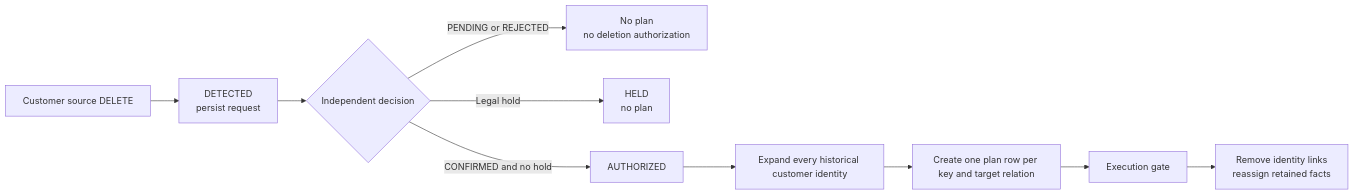
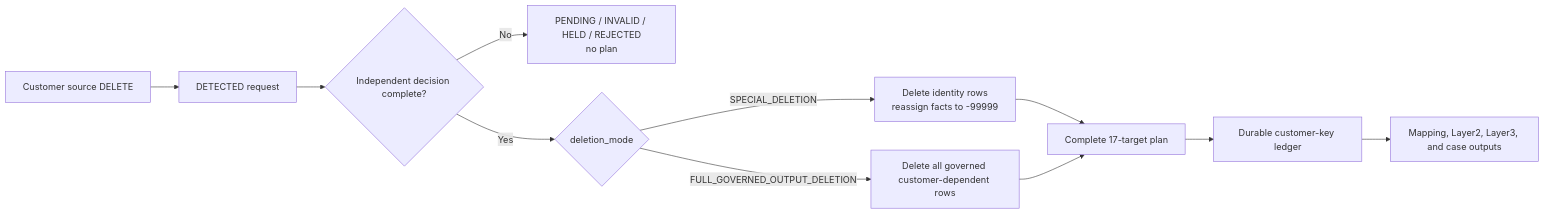
The diagram in docs/reference/deletion-control.md (MiguelElGallo/bricksgdpr-publi), drawn with Mermaid before and after one commit. The commit also changed other lines of this file and 58 other files, not shown here.

Commit message:
Add configurable customer deletion modes

````diff
--- a/docs/reference/deletion-control.md
+++ b/docs/reference/deletion-control.md
@@ -12,12 +21,13 @@
 ```mermaid
 flowchart LR
-    A["Customer source DELETE"] --> B["DETECTED<br/>persist request"]
-    B --> C{"Independent decision"}
-    C -->|"PENDING or REJECTED"| D["No plan<br/>no deletion authorization"]
-    C -->|"Legal hold"| E["HELD<br/>no plan"]
-    C -->|"CONFIRMED and no hold"| F["AUTHORIZED"]
-    F --> G["Expand every historical customer identity"]
-    G --> H["Create one plan row per key and target relation"]
-    H --> I["Execution gate"]
-    I --> J["Remove identity links<br/>reassign retained facts"]
+    A["Customer source DELETE"] --> B["DETECTED request"]
+    B --> C{"Independent decision complete?"}
+    C -->|"No"| D["PENDING / INVALID / HELD / REJECTED<br/>no plan"]
+    C -->|"Yes"| E{"deletion_mode"}
+    E -->|"SPECIAL_DELETION"| F["Delete identity rows<br/>reassign facts to -99999"]
+    E -->|"FULL_GOVERNED_OUTPUT_DELETION"| G["Delete all governed customer-dependent rows"]
+    F --> H["Complete 17-target plan"]
+    G --> H
+    H --> I["Durable customer-key ledger"]
+    I --> J["Mapping, Layer2, Layer3, and case outputs"]
 ```
````
